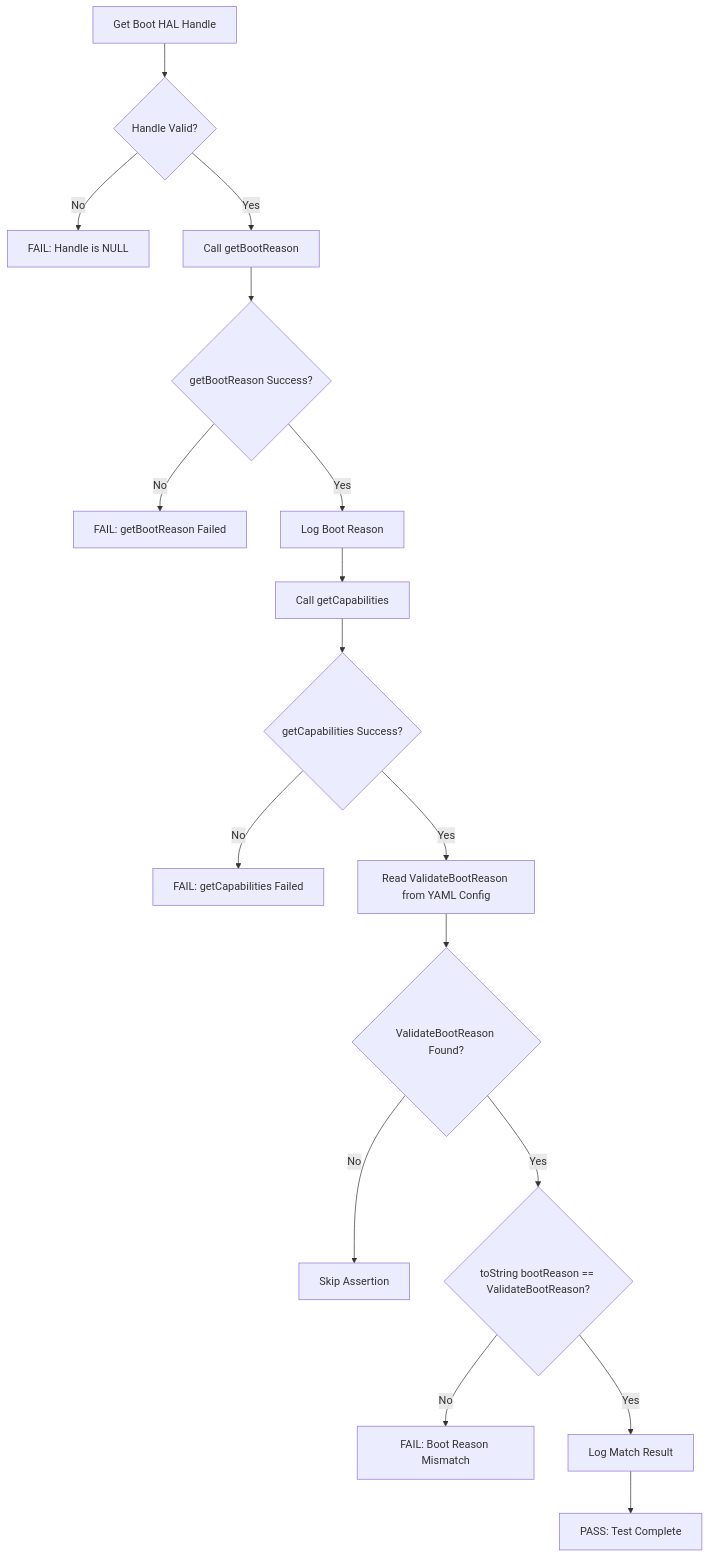
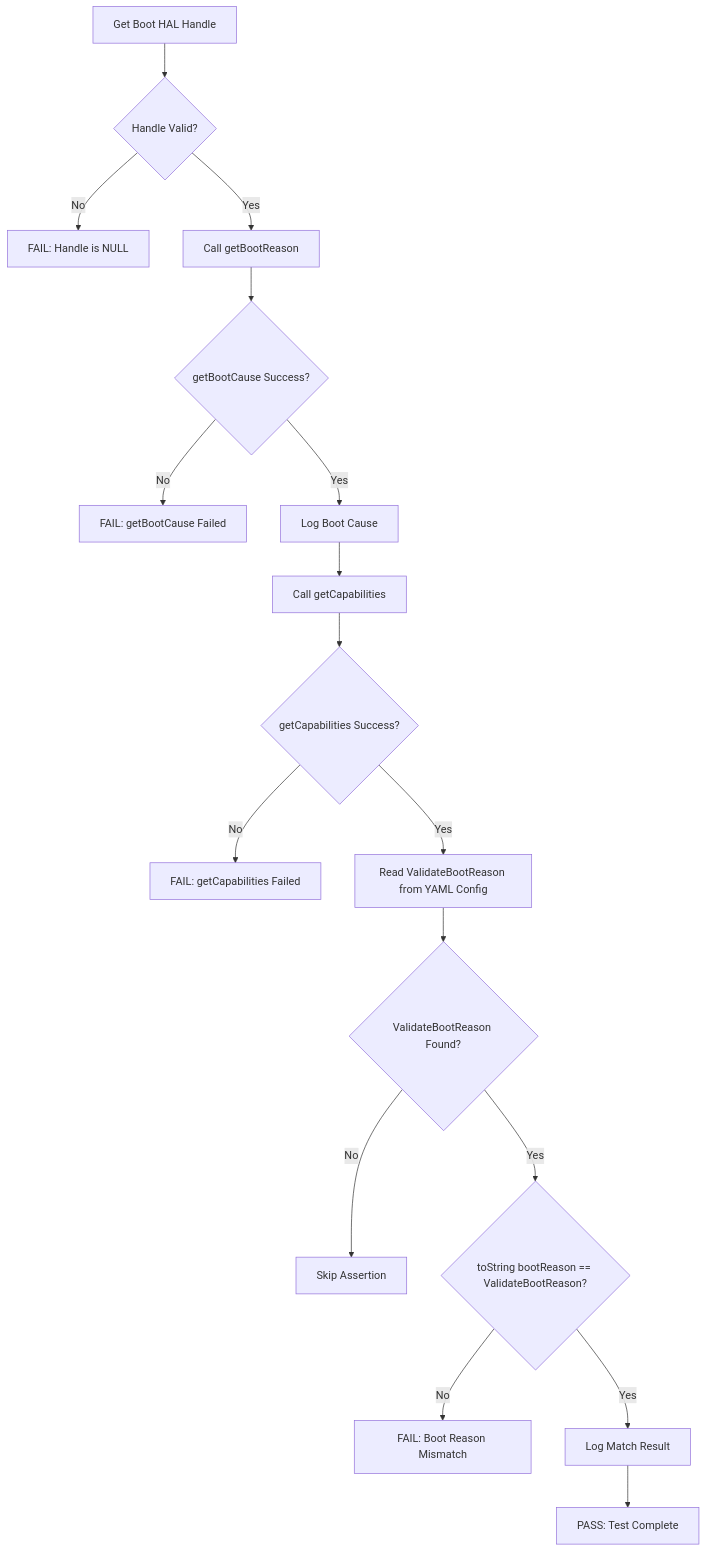
Before and after one commit to rdkcentral/rdk-halif-aidl-test-boot: the second of 3 diagrams in docs/pages/Boot_L3_Low-Level_TestSpecification.md, drawn with Mermaid. The commit also changed other lines of this file and 15 other files, not shown here.

````diff
--- a/docs/pages/Boot_L3_Low-Level_TestSpecification.md
+++ b/docs/pages/Boot_L3_Low-Level_TestSpecification.md
@@ -170,19 +170,19 @@
 ```mermaid
 graph TD
     A[Get Boot HAL Handle] --> B{Handle Valid?}
     B -->|No| C[FAIL: Handle is NULL]
     B -->|Yes| D[Call getBootReason]
-    D --> E{getBootReason Success?}
-    E -->|No| F[FAIL: getBootReason Failed]
-    E -->|Yes| G[Log Boot Reason]
+    D --> E{getBootCause Success?}
+    E -->|No| F[FAIL: getBootCause Failed]
+    E -->|Yes| G[Log Boot Cause]
     G --> H[Call getCapabilities]
     H --> I{getCapabilities Success?}
     I -->|No| J[FAIL: getCapabilities Failed]
     I -->|Yes| K[Read ValidateBootReason from YAML Config]
     K --> L{ValidateBootReason Found?}
     L -->|No| M[Skip Assertion]
     L -->|Yes| N{toString bootReason == ValidateBootReason?}
     N -->|No| O[FAIL: Boot Reason Mismatch]
     N -->|Yes| P[Log Match Result]
     P --> Q[PASS: Test Complete]
 ```
````
